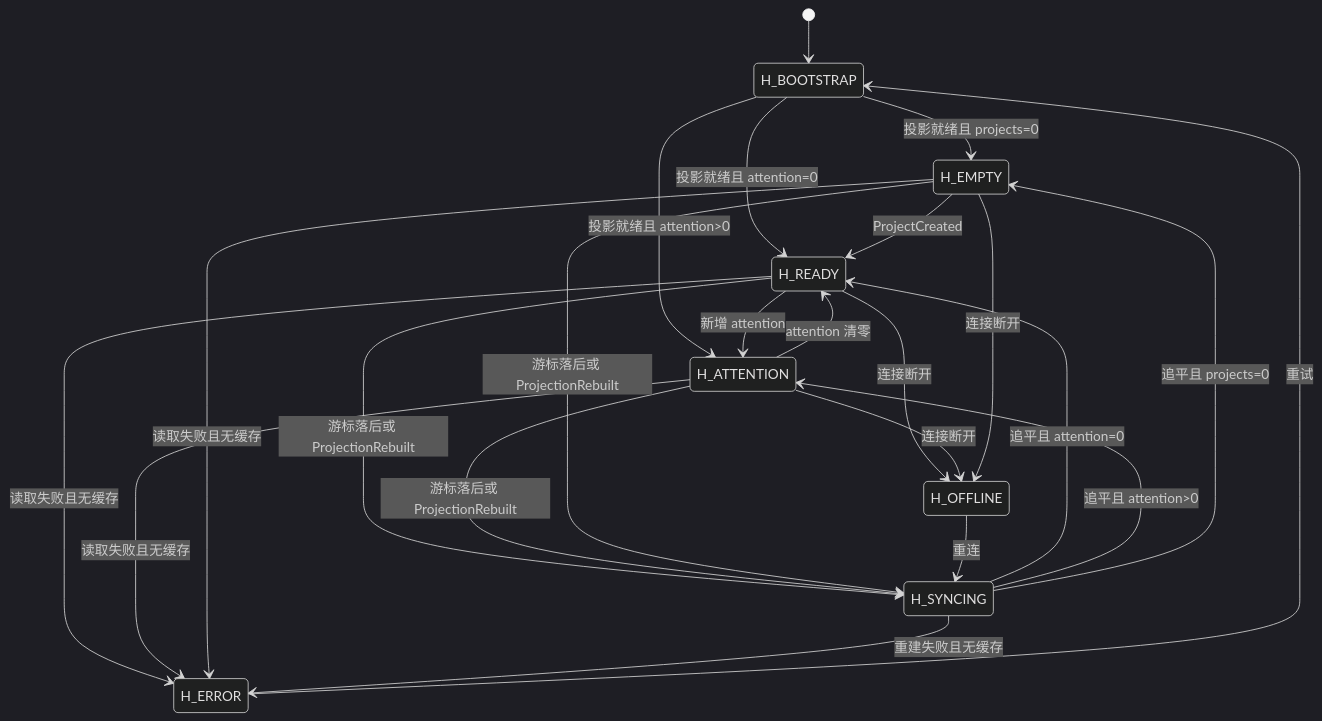
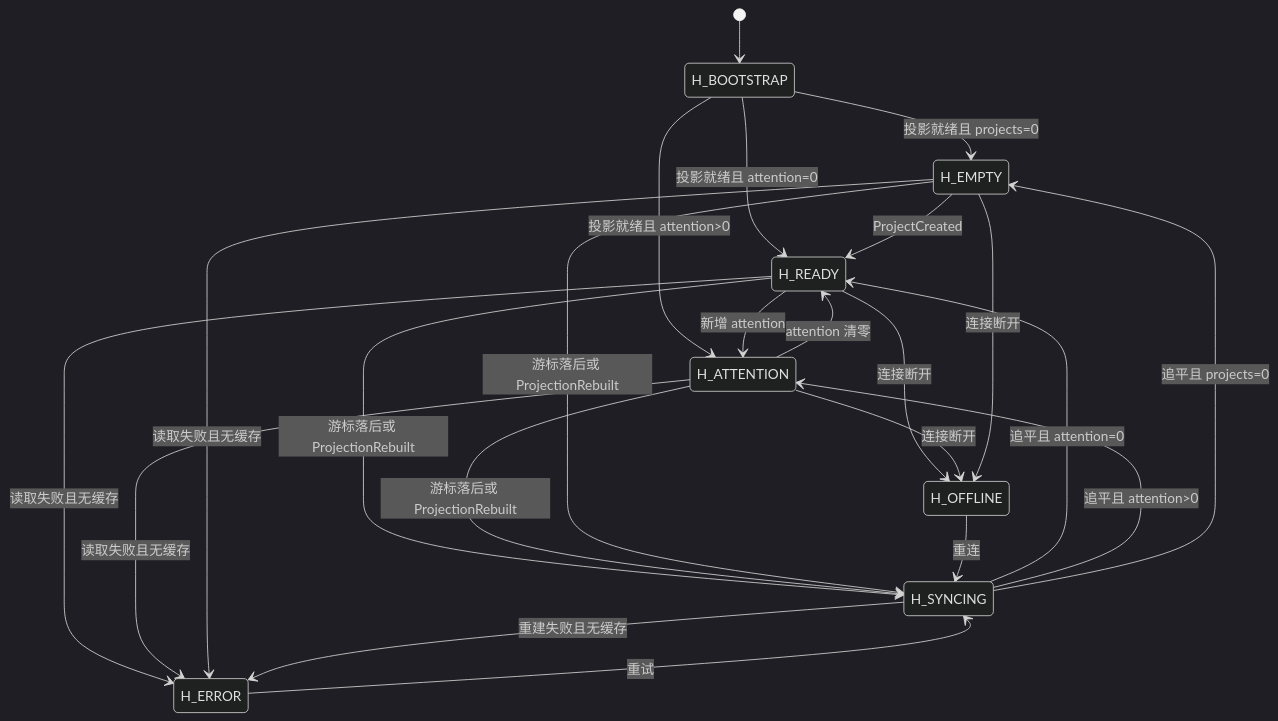
One commit to medivhc/xuxing changed the first of 4 diagrams in docs/interaction-contract.md. Above: the diagram before and after it, drawn with Mermaid (dark theme). The commit also changed other lines of this file, not shown here.

````diff
--- a/docs/interaction-contract.md
+++ b/docs/interaction-contract.md
@@ -264,25 +269,25 @@
 ```mermaid
 stateDiagram-v2
   [*] --> H_BOOTSTRAP
   H_BOOTSTRAP --> H_EMPTY: 投影就绪且 projects=0
   H_BOOTSTRAP --> H_READY: 投影就绪且 attention=0
   H_BOOTSTRAP --> H_ATTENTION: 投影就绪且 attention>0
   H_EMPTY --> H_READY: ProjectCreated
   H_READY --> H_ATTENTION: 新增 attention
   H_ATTENTION --> H_READY: attention 清零
   H_READY --> H_SYNCING: 游标落后或 ProjectionRebuilt
   H_ATTENTION --> H_SYNCING: 游标落后或 ProjectionRebuilt
   H_EMPTY --> H_SYNCING: 游标落后或 ProjectionRebuilt
   H_SYNCING --> H_READY: 追平且 attention=0
   H_SYNCING --> H_ATTENTION: 追平且 attention>0
   H_SYNCING --> H_EMPTY: 追平且 projects=0
   H_READY --> H_OFFLINE: 连接断开
   H_ATTENTION --> H_OFFLINE: 连接断开
   H_EMPTY --> H_OFFLINE: 连接断开
   H_OFFLINE --> H_SYNCING: 重连
   H_READY --> H_ERROR: 读取失败且无缓存
   H_ATTENTION --> H_ERROR: 读取失败且无缓存
   H_EMPTY --> H_ERROR: 读取失败且无缓存
-  H_ERROR --> H_BOOTSTRAP: 重试
+  H_ERROR --> H_SYNCING: 重试
   H_SYNCING --> H_ERROR: 重建失败且无缓存
 ```
````
